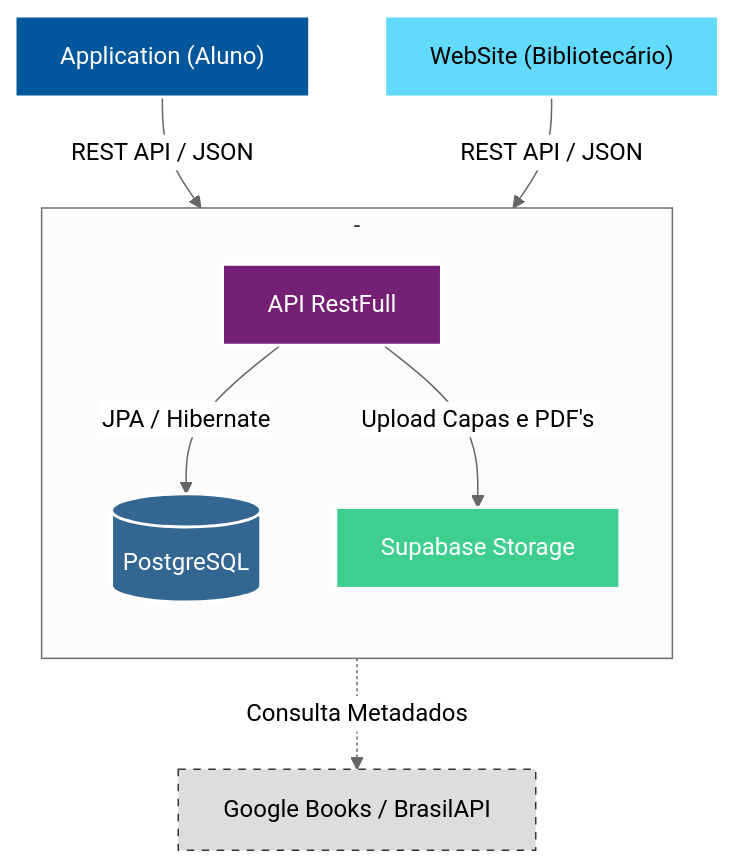
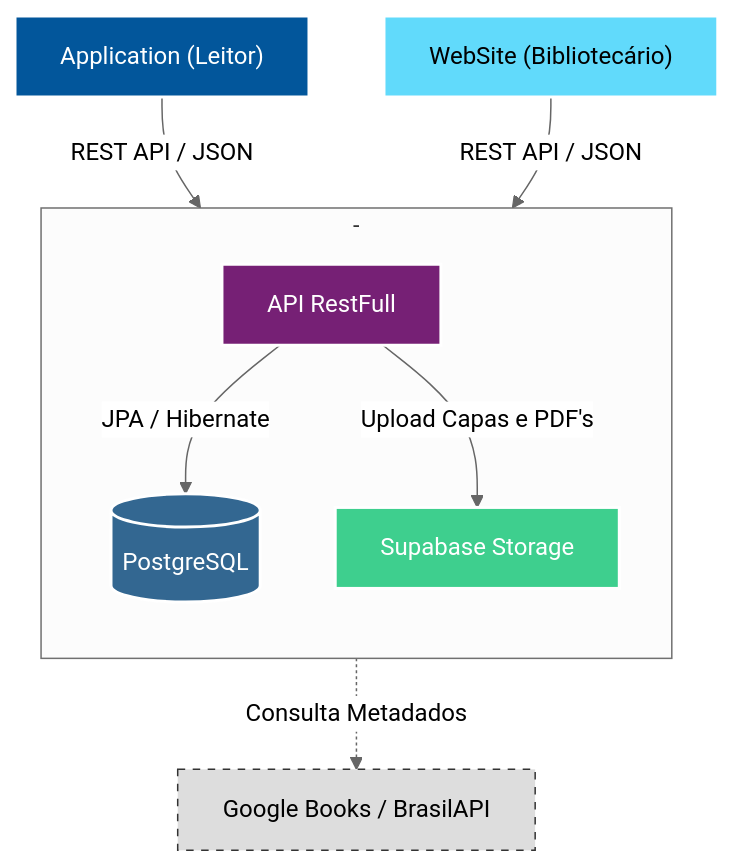
One commit to n33miaz/lumilivre-api changed the diagram in README.md. Above: the diagram before and after it, drawn with Mermaid (neutral theme). The commit also changed other lines of this file and 171 other files, not shown here.

````diff
--- a/README.md
+++ b/README.md
@@ -98,28 +98,28 @@
 ```mermaid
 flowchart TD
     classDef mobile fill:#02569B,stroke:#fff,stroke-width:2px,color:#fff;
     classDef web fill:#61DAFB,stroke:#fff,stroke-width:2px,color:#000;
     classDef api fill:#762075,stroke:#fff,stroke-width:2px,color:#fff;
     classDef db fill:#336791,stroke:#fff,stroke-width:2px,color:#fff;
     classDef storage fill:#3ECF8E,stroke:#fff,stroke-width:2px,color:#fff;
     classDef external fill:#ddd,stroke:#333,stroke-width:1px,color:#000,stroke-dasharray: 5 5;
 
-    UserMobile["Application (Aluno)"]:::mobile
+    UserMobile["Application (Leitor)"]:::mobile
     UserWeb["WebSite (Bibliotecário)"]:::web
 
     subgraph Cloud["-"]
         direction TB
         API["API RestFull"]:::api
         DB[("PostgreSQL")]:::db
         Storage["Supabase Storage"]:::storage
     end
 
     External["Google Books / BrasilAPI"]:::external
 
     UserMobile -->|REST API / JSON| API
     UserWeb -->|REST API / JSON| API
 
     API -->|JPA / Hibernate| DB
     API -->|Upload Capas e PDF's| Storage
     API -.->|Consulta Metadados| External
 ```
````
